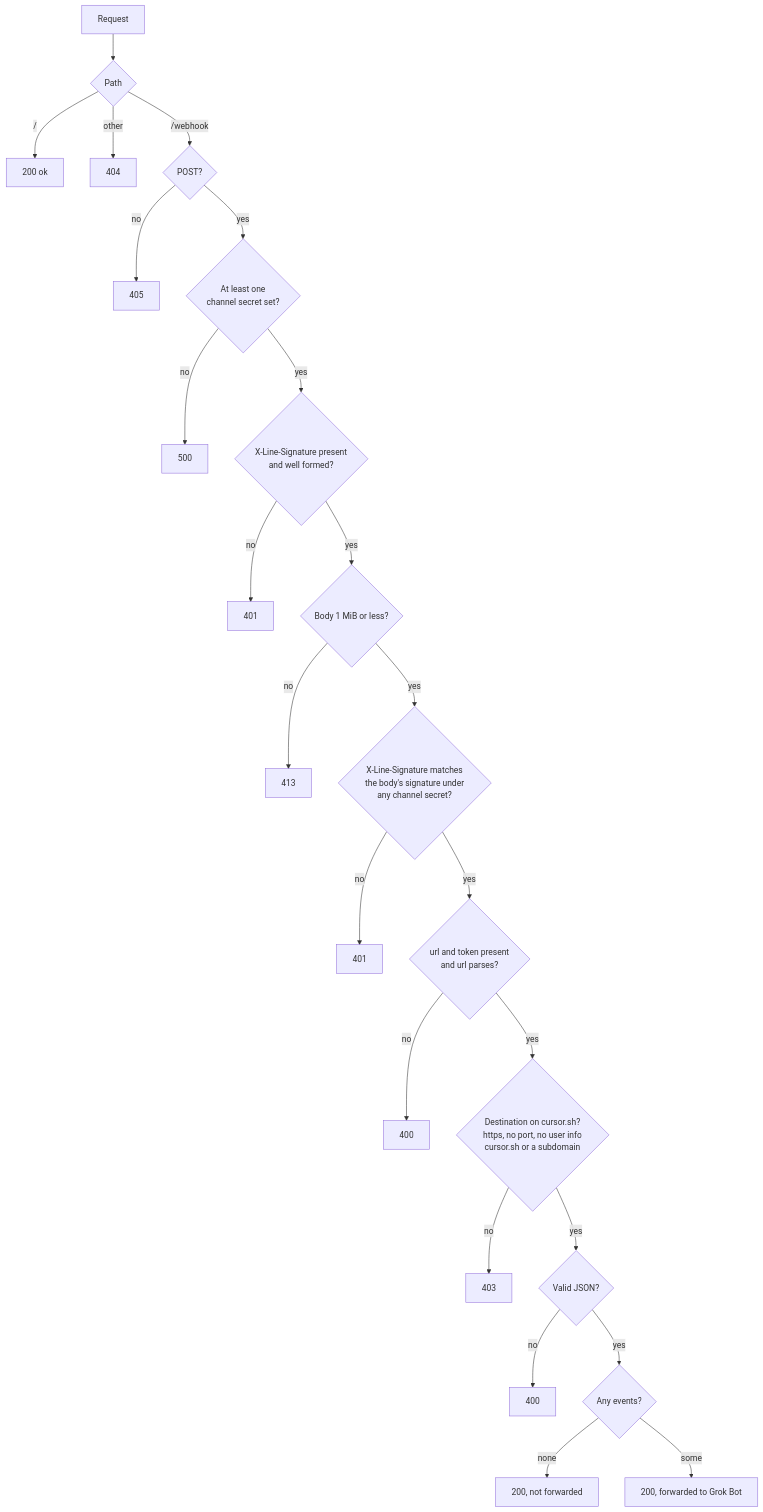
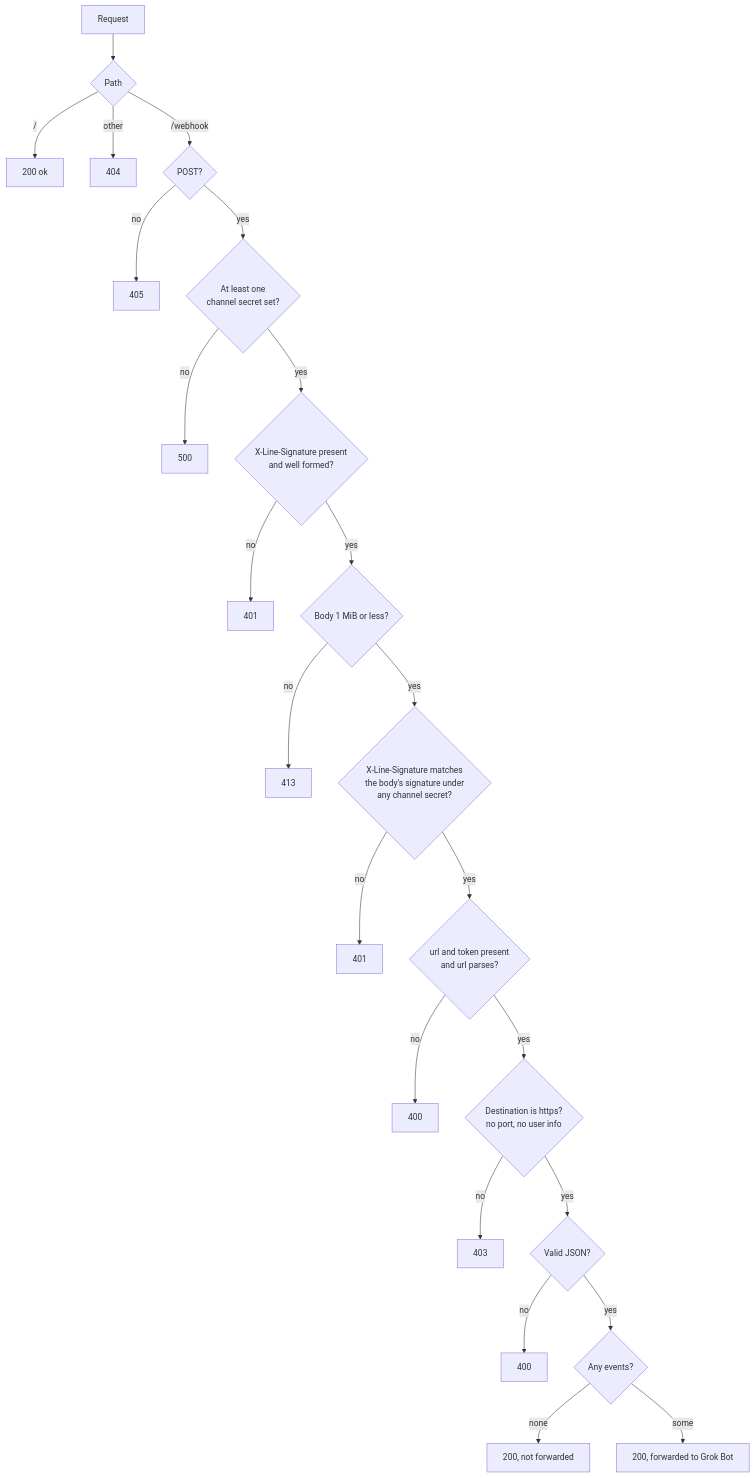
The second of 2 diagrams in README.en.md (cloud-position/grok-bot-line-relay), drawn with Mermaid before and after one commit. The commit also changed other lines of this file and 3 other files, not shown here.

First line of the commit message:
Allow forwarding to any https destination

````diff
--- a/README.en.md
+++ b/README.en.md
@@ -143,25 +144,25 @@
 ```mermaid
 flowchart TD
     A[Request] --> B{Path}
     B -- / --> OK[200 ok]
     B -- other --> N404[404]
     B -- /webhook --> C{POST?}
     C -- no --> N405[405]
     C -- yes --> S{At least one<br/>channel secret set?}
     S -- no --> N500[500]
     S -- yes --> P{X-Line-Signature present<br/>and well formed?}
     P -- no --> N401a[401]
     P -- yes --> F{Body 1 MiB or less?}
     F -- no --> N413[413]
     F -- yes --> K{X-Line-Signature matches<br/>the body's signature under<br/>any channel secret?}
     K -- no --> N401b[401]
     K -- yes --> D{url and token present<br/>and url parses?}
     D -- no --> N400a[400]
-    D -- yes --> E{Destination on cursor.sh?<br/>https, no port, no user info<br/>cursor.sh or a subdomain}
+    D -- yes --> E{Destination is https?<br/>no port, no user info}
     E -- no --> N403[403]
     E -- yes --> G{Valid JSON?}
     G -- no --> N400b[400]
     G -- yes --> H{Any events?}
     H -- none --> R200a[200, not forwarded]
     H -- some --> R200b[200, forwarded to Grok Bot]
 ```
````
